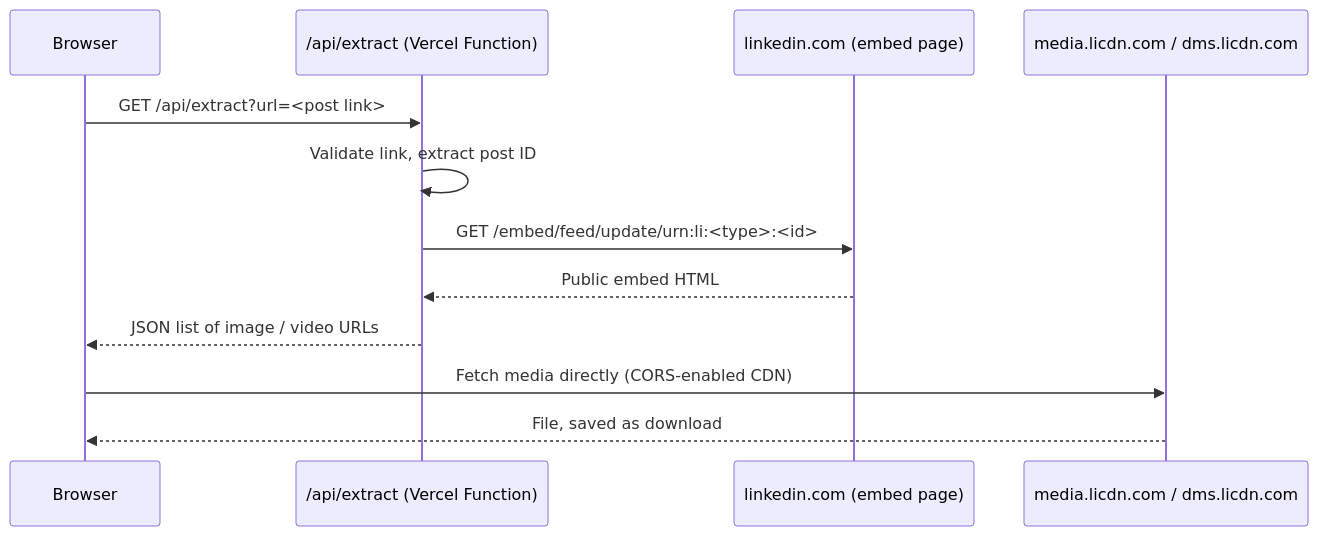
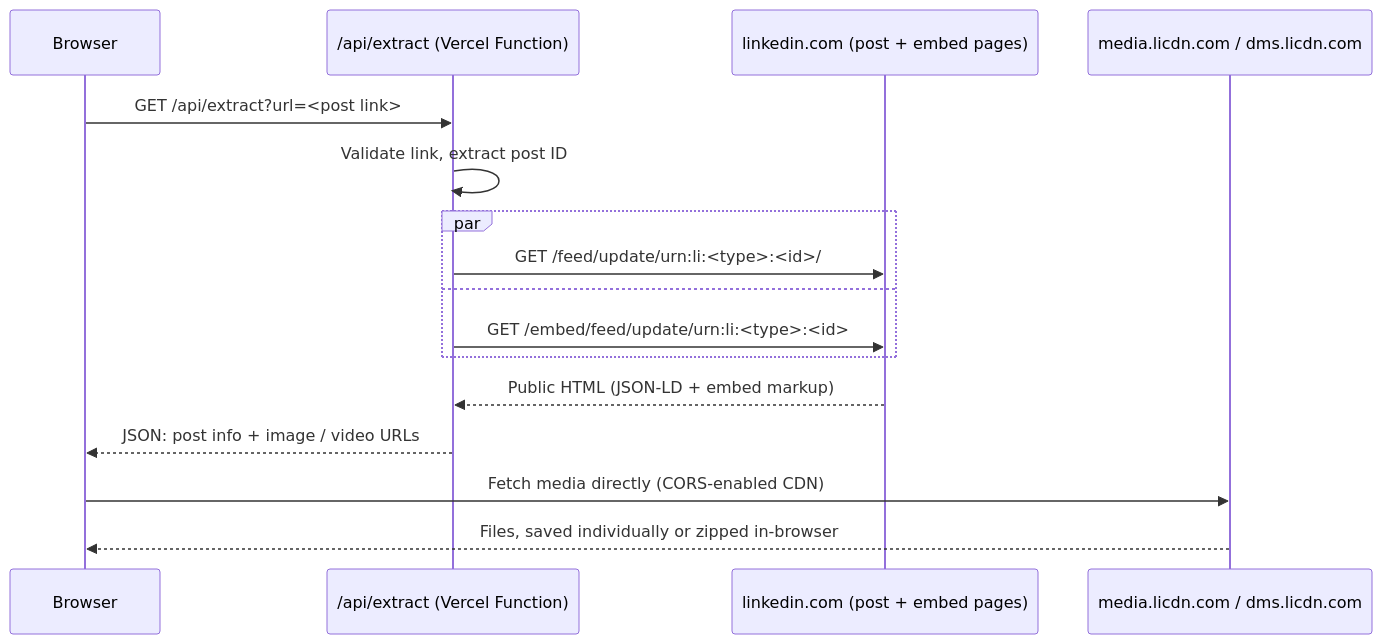
The diagram in README.md (Babug01/linkedin-media-downloader), drawn with Mermaid before and after one commit. The commit also changed other lines of this file and 9 other files, not shown here.

First line of the commit message:
feat: full image sets, ZIP download, redesigned UI

````diff
--- a/README.md
+++ b/README.md
@@ -21,14 +23,18 @@
 ```mermaid
 sequenceDiagram
     participant B as Browser
     participant F as /api/extract (Vercel Function)
-    participant L as linkedin.com (embed page)
+    participant L as linkedin.com (post + embed pages)
     participant C as media.licdn.com / dms.licdn.com
     B->>F: GET /api/extract?url=<post link>
     F->>F: Validate link, extract post ID
-    F->>L: GET /embed/feed/update/urn:li:<type>:<id>
-    L-->>F: Public embed HTML
-    F-->>B: JSON list of image / video URLs
+    par
+        F->>L: GET /feed/update/urn:li:<type>:<id>/
+    and
+        F->>L: GET /embed/feed/update/urn:li:<type>:<id>
+    end
+    L-->>F: Public HTML (JSON-LD + embed markup)
+    F-->>B: JSON: post info + image / video URLs
     B->>C: Fetch media directly (CORS-enabled CDN)
-    C-->>B: File, saved as download
+    C-->>B: Files, saved individually or zipped in-browser
 ```
````
